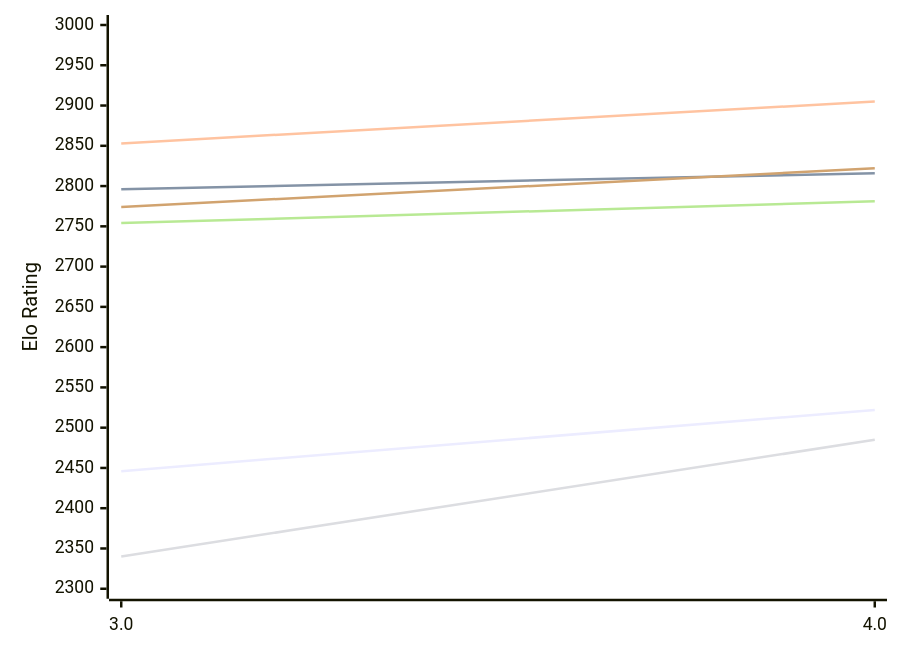
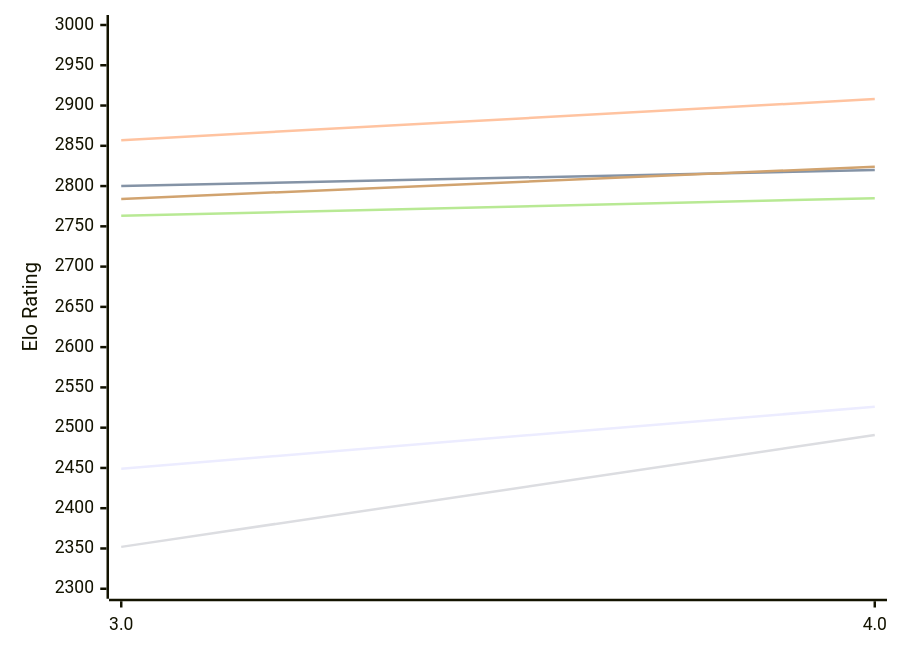
The first of 2 diagrams in engines/Chess3.md (computer-chess-index/cci), drawn with Mermaid before and after one commit. The commit also changed other lines of this file, not shown here.

Commit message:
Update CCI Ratings (ELO VLTC) - 2026-11-20

````diff
--- a/engines/Chess3.md
+++ b/engines/Chess3.md
@@ -50,12 +50,12 @@
 ```mermaid
 %%{init: {"theme":"base","themeVariables":{"seriesColors:['#a3a3a3','#222221','#faa371']}}}%%
 xychart-beta
   x-axis ["3.0", "4.0"]
   y-axis "Elo Rating" 2300 --> 3000
-  line "E1: STC (8.0+0.08s)" [2446, 2522]
-  line "E1: LTC (60.0+0.60s)" [2796, 2816]
-  line "E1: VLTC (2m24s+1.12s)" [2853, 2905]
-  line "P1: STC (8.0+0.08s)" [2340, 2485]
-  line "P1: LTC (60.0+0.60s)" [2754, 2781]
-  line "P1: VLTC (2m24s+1.12s)" [2774, 2822]
+  line "E1: STC (8.0+0.08s)" [2449, 2526]
+  line "E1: LTC (60.0+0.60s)" [2800, 2820]
+  line "E1: VLTC (2m24s+1.12s)" [2857, 2908]
+  line "P1: STC (8.0+0.08s)" [2352, 2491]
+  line "P1: LTC (60.0+0.60s)" [2763, 2785]
+  line "P1: VLTC (2m24s+1.12s)" [2784, 2824]
 ```
````
